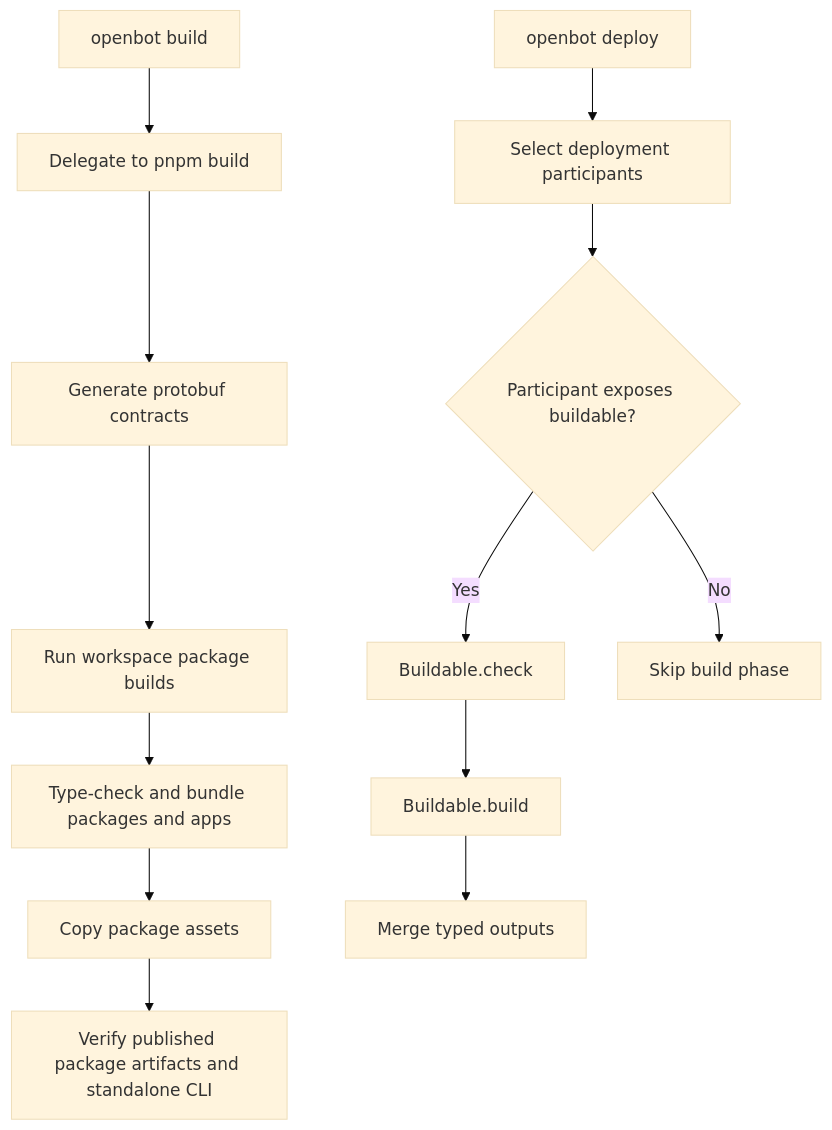
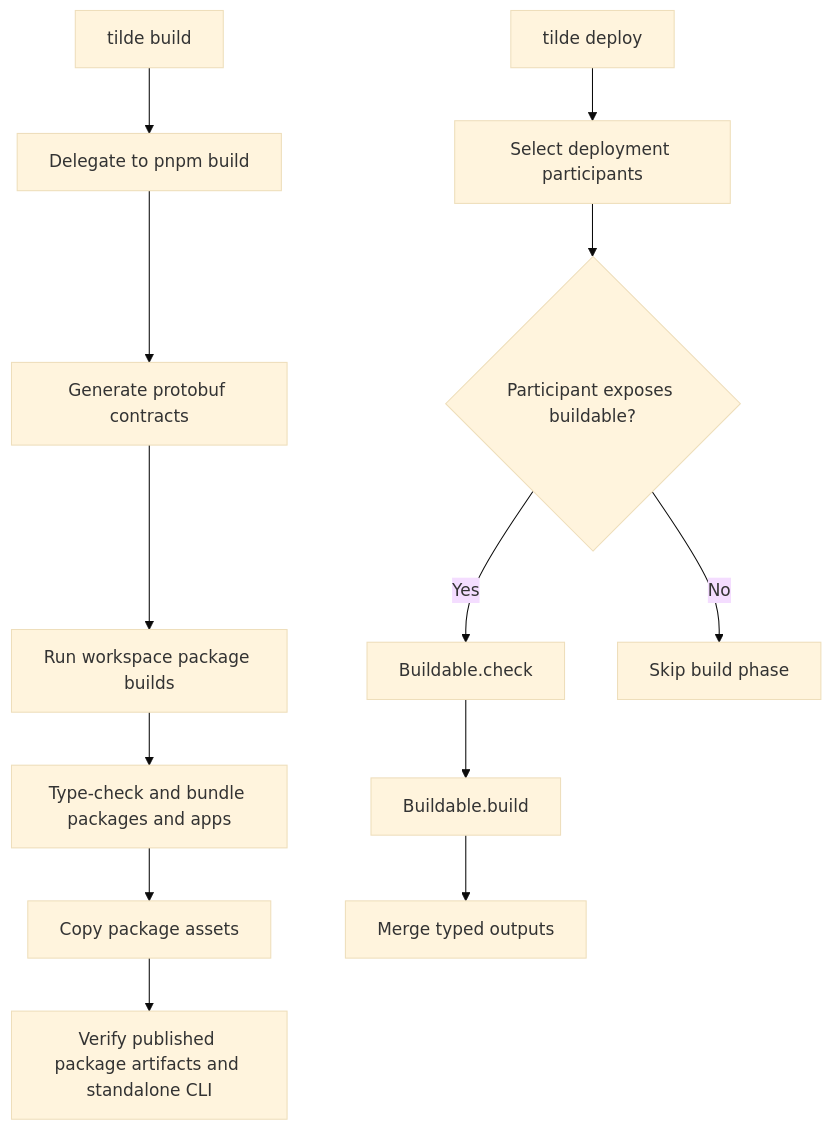
The third of 4 diagrams in docs/lifecycle.md (trytilde/dispatch), drawn with Mermaid (base theme) before and after one commit. The commit also changed other lines of this file and 668 other files, not shown here.

````diff
--- a/docs/lifecycle.md
+++ b/docs/lifecycle.md
@@ -101,16 +101,16 @@
 ```mermaid
 flowchart TD
-  A["openbot build"] --> B["Delegate to pnpm build"]
+  A["tilde build"] --> B["Delegate to pnpm build"]
   B --> C["Generate protobuf contracts"]
   C --> D["Run workspace package builds"]
   D --> E["Type-check and bundle packages and apps"]
   E --> F["Copy package assets"]
   F --> G["Verify published package artifacts and standalone CLI"]
 
-  H["openbot deploy"] --> I["Select deployment participants"]
+  H["tilde deploy"] --> I["Select deployment participants"]
   I --> J{"Participant exposes buildable?"}
   J -- "Yes" --> K["Buildable.check"]
   K --> L["Buildable.build"]
   L --> M["Merge typed outputs"]
   J -- "No" --> N["Skip build phase"]
 ```
````
